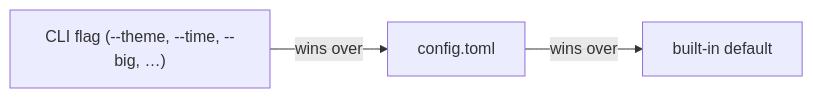
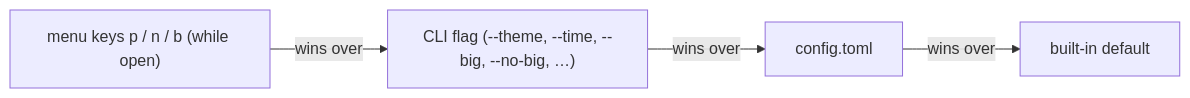
The second of 2 diagrams in docs/USAGE.md (withrvr/typerush), drawn with Mermaid before and after one commit. The commit also changed other lines of this file and 17 other files, not shown here.

````diff
--- a/docs/USAGE.md
+++ b/docs/USAGE.md
@@ -317,4 +345,4 @@
 ```mermaid
 flowchart LR
-    cli["CLI flag (--theme, --time, --big, …)"] -- "wins over" --> file["config.toml"] -- "wins over" --> default["built-in default"]
+    menu["menu keys p / n / b (while open)"] -- "wins over" --> cli["CLI flag (--theme, --time, --big, --no-big, …)"] -- "wins over" --> file["config.toml"] -- "wins over" --> default["built-in default"]
 ```
````
